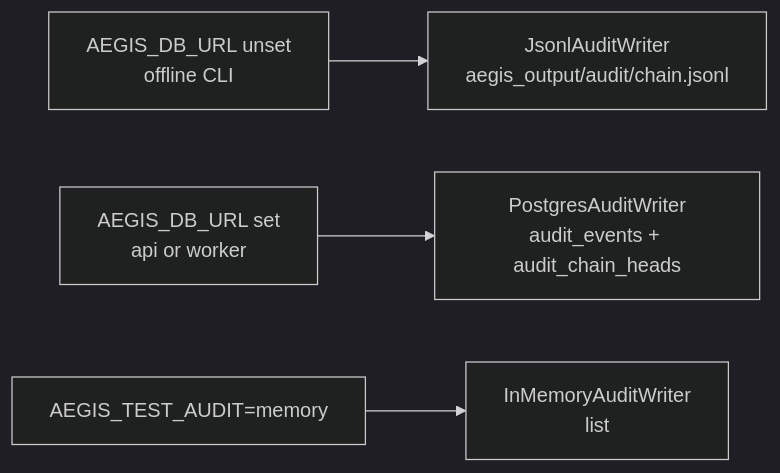
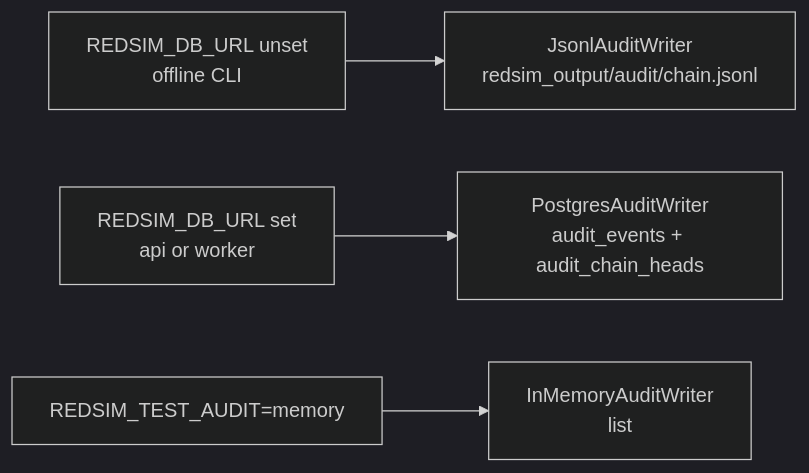
The first of 2 diagrams in docs/architecture/audit-chain.md (IntelliBridge/ndia-red-team-simulator), drawn with Mermaid (dark theme) before and after one commit. The commit also changed other lines of this file and 27 other files, not shown here.

````diff
--- a/docs/architecture/audit-chain.md
+++ b/docs/architecture/audit-chain.md
@@ -69,6 +69,6 @@
 ```mermaid
 flowchart LR
-  off["AEGIS_DB_URL unset<br/>offline CLI"] --> jsonl["JsonlAuditWriter<br/>aegis_output/audit/chain.jsonl"]
-  api["AEGIS_DB_URL set<br/>api or worker"] --> pg["PostgresAuditWriter<br/>audit_events + audit_chain_heads"]
-  test["AEGIS_TEST_AUDIT=memory"] --> mem["InMemoryAuditWriter<br/>list"]
+  off["REDSIM_DB_URL unset<br/>offline CLI"] --> jsonl["JsonlAuditWriter<br/>redsim_output/audit/chain.jsonl"]
+  api["REDSIM_DB_URL set<br/>api or worker"] --> pg["PostgresAuditWriter<br/>audit_events + audit_chain_heads"]
+  test["REDSIM_TEST_AUDIT=memory"] --> mem["InMemoryAuditWriter<br/>list"]
 ```
````
